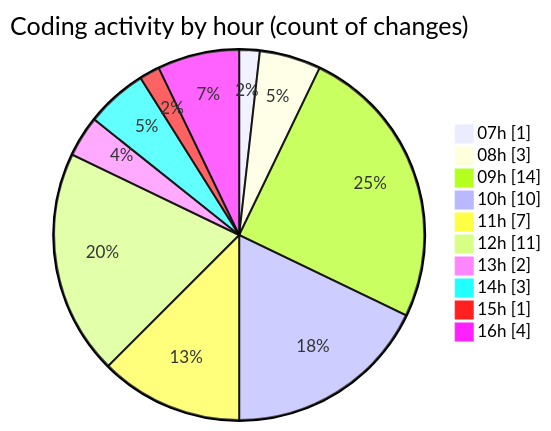
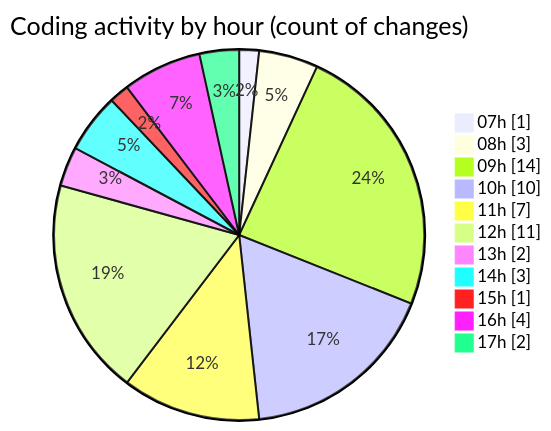
One commit to tmsrecording-cyber/code-tracking changed the second of 2 diagrams in 2026-02-02/singularitybrainai/README.md. Above: the diagram before and after it, drawn with Mermaid. The commit also changed other lines of this file and 1 other file, not shown here.

````diff
--- a/2026-02-02/singularitybrainai/README.md
+++ b/2026-02-02/singularitybrainai/README.md
@@ -41,14 +41,15 @@
 ```mermaid
 pie showData
 title Coding activity by hour (count of changes)
 "07h" : 1
 "08h" : 3
 "09h" : 14
 "10h" : 10
 "11h" : 7
 "12h" : 11
 "13h" : 2
 "14h" : 3
 "15h" : 1
 "16h" : 4
+"17h" : 2
 ```
````
